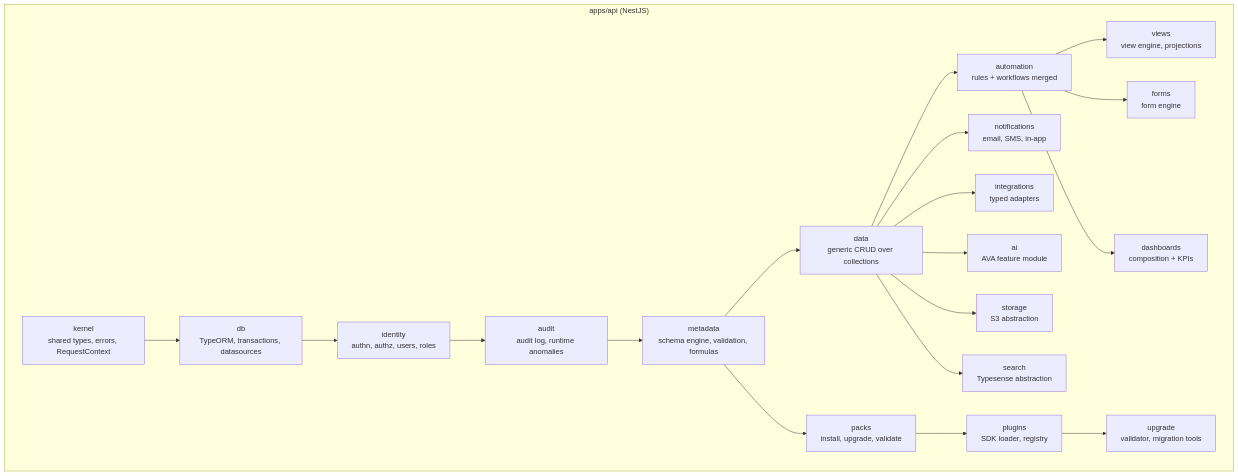
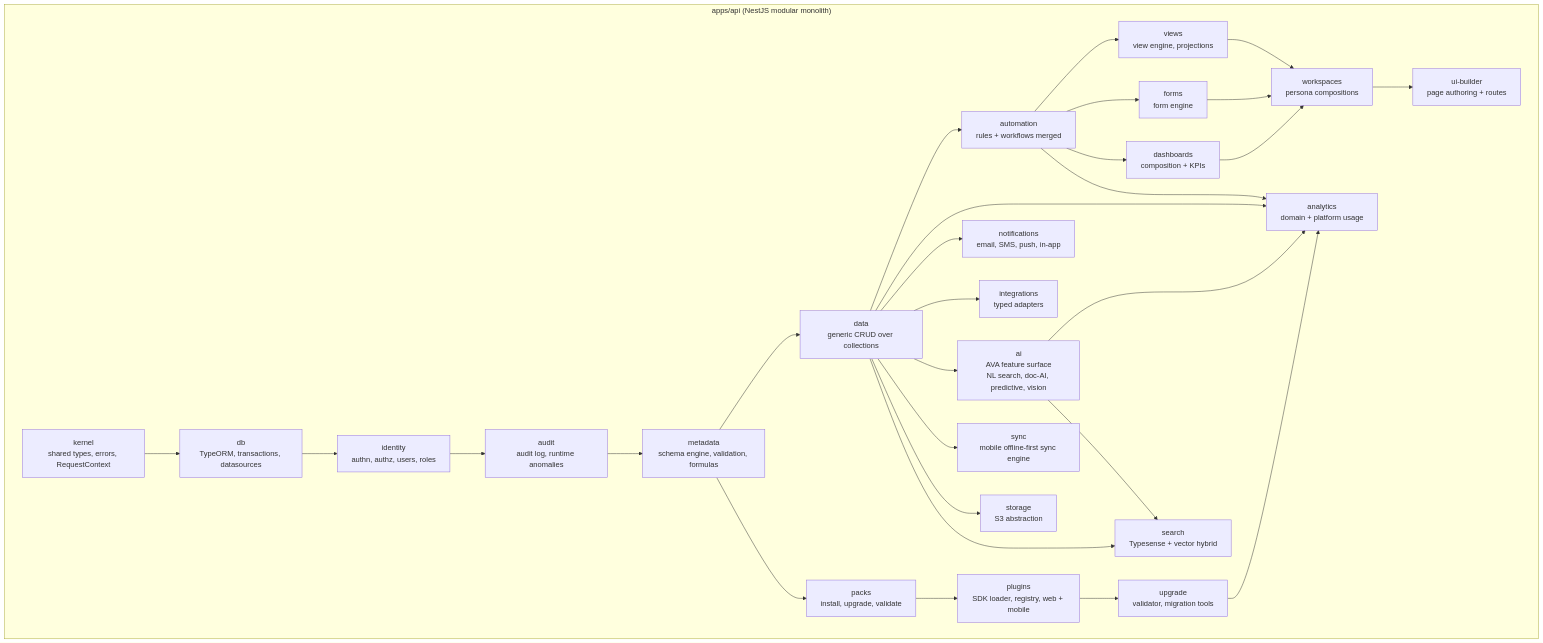
The third of 9 diagrams in docs/superpowers/specs/2026-05-09-platform-architecture-design.md (adi-hw/hubble_wave_master), drawn with Mermaid before and after one commit. The commit also changed other lines of this file and 1 other file, not shown here.

First line of the commit message:
docs(spec): platform architecture design v2 — Day-1 mobile + Workspaces + UI Builder + Analytics + rich AI

````diff
--- a/docs/superpowers/specs/2026-05-09-platform-architecture-design.md
+++ b/docs/superpowers/specs/2026-05-09-platform-architecture-design.md
@@ -160,30 +175,55 @@
 ```mermaid
 graph TB
-  subgraph "apps/api (NestJS)"
+  subgraph "apps/api (NestJS modular monolith)"
     K[kernel<br/>shared types, errors, RequestContext]
     DB[db<br/>TypeORM, transactions, datasources]
     ID[identity<br/>authn, authz, users, roles]
     AU[audit<br/>audit log, runtime anomalies]
     META[metadata<br/>schema engine, validation, formulas]
     DATA[data<br/>generic CRUD over collections]
     AUTO[automation<br/>rules + workflows merged]
     VIEWS[views<br/>view engine, projections]
     FORMS[forms<br/>form engine]
     DASH[dashboards<br/>composition + KPIs]
-    NOT[notifications<br/>email, SMS, in-app]
+    WS[workspaces<br/>persona compositions]
+    UIB[ui-builder<br/>page authoring + routes]
+    ANL[analytics<br/>domain + platform usage]
+    NOT[notifications<br/>email, SMS, push, in-app]
     INT[integrations<br/>typed adapters]
-    AI[ai<br/>AVA feature module]
+    AI[ai<br/>AVA feature surface<br/>NL search, doc-AI, predictive, vision]
+    SYNC[sync<br/>mobile offline-first sync engine]
     PACKS[packs<br/>install, upgrade, validate]
-    PLUG[plugins<br/>SDK loader, registry]
+    PLUG[plugins<br/>SDK loader, registry, web + mobile]
     UPG[upgrade<br/>validator, migration tools]
     STO[storage<br/>S3 abstraction]
-    SRCH[search<br/>Typesense abstraction]
+    SRCH[search<br/>Typesense + vector hybrid]
   end
 
-  K --> DB --> ID --> AU
-  AU --> META --> DATA --> AUTO
-  AUTO --> VIEWS & FORMS & DASH
-  DATA --> NOT & INT & AI
-  META --> PACKS --> PLUG --> UPG
-  DATA --> STO & SRCH
+  K --> DB
+  DB --> ID
+  ID --> AU
+  AU --> META
+  META --> DATA
+  DATA --> AUTO
+  AUTO --> VIEWS
+  AUTO --> FORMS
+  AUTO --> DASH
+  VIEWS --> WS
+  FORMS --> WS
+  DASH --> WS
+  WS --> UIB
+  DATA --> ANL
+  AUTO --> ANL
+  DATA --> NOT
+  DATA --> INT
+  DATA --> AI
+  AI --> ANL
+  DATA --> SYNC
+  META --> PACKS
+  PACKS --> PLUG
+  PLUG --> UPG
+  UPG --> ANL
+  DATA --> STO
+  DATA --> SRCH
+  AI --> SRCH
 ```
````
